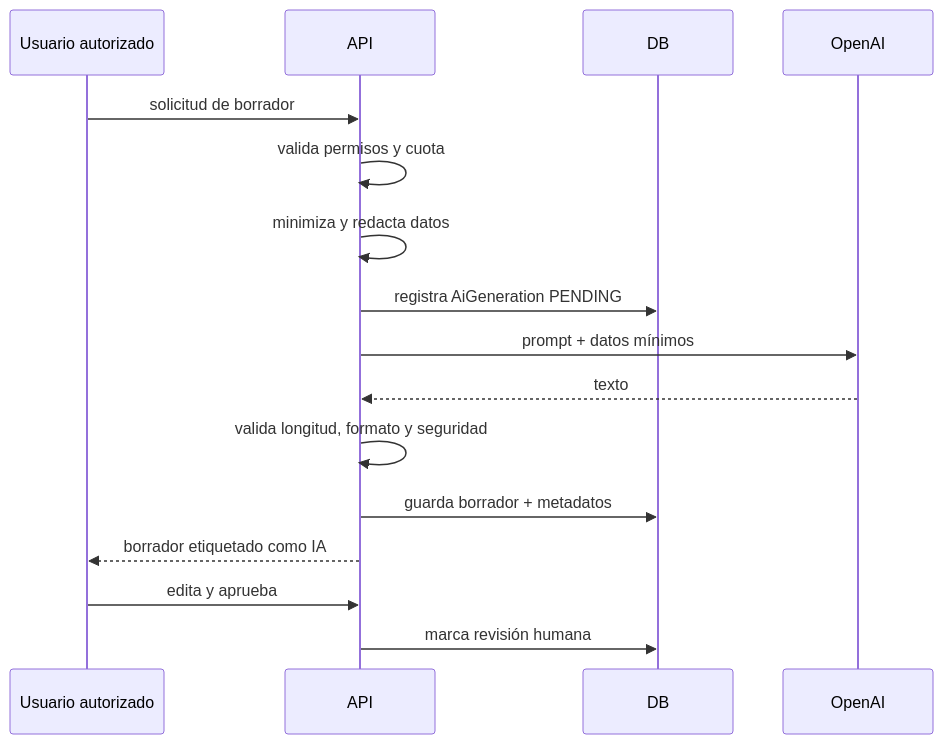
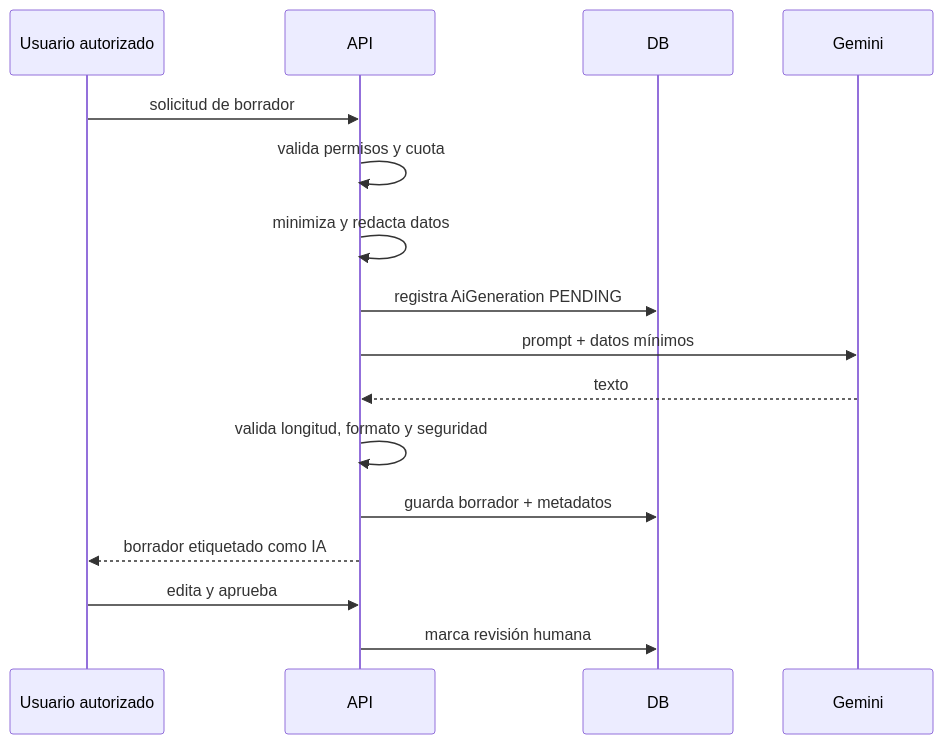
One commit to serpermar/Legaria changed the fourth of 4 diagrams in docs/01-arquitectura.md. Above: the diagram before and after it, drawn with Mermaid. The commit also changed other lines of this file and 10 other files, not shown here.

````diff
--- a/docs/01-arquitectura.md
+++ b/docs/01-arquitectura.md
@@ -411,18 +412,18 @@
 ```mermaid
 sequenceDiagram
     participant U as Usuario autorizado
     participant A as API
     participant D as DB
-    participant O as OpenAI
+    participant G as Gemini
     U->>A: solicitud de borrador
     A->>A: valida permisos y cuota
     A->>A: minimiza y redacta datos
     A->>D: registra AiGeneration PENDING
-    A->>O: prompt + datos mínimos
-    O-->>A: texto
+    A->>G: prompt + datos mínimos
+    G-->>A: texto
     A->>A: valida longitud, formato y seguridad
     A->>D: guarda borrador + metadatos
     A-->>U: borrador etiquetado como IA
     U->>A: edita y aprueba
     A->>D: marca revisión humana
 ```
````
